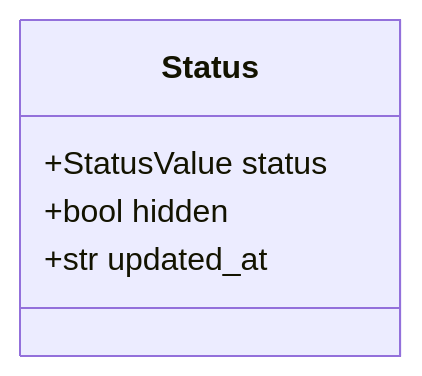
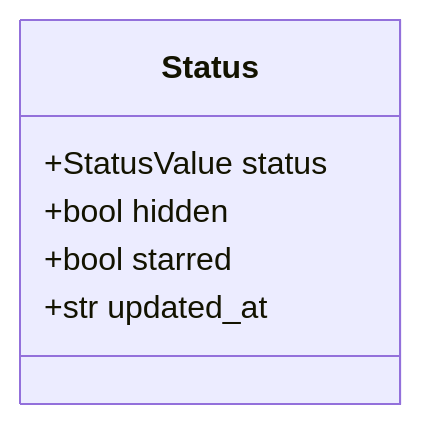
The second of 18 diagrams in docs/specs/06-DOM/CCR-DOM-002.md (HoyoungParkme/competition-crawler), drawn with Mermaid before and after one commit. The commit also changed other lines of this file, not shown here.

Commit message:
spec(DOM-002): 미참(skipped)과 별표(starred · star · unstar · 별표만 보기 3.4) — 2.1 Status, 2.3 StatusValue · ChangeKind, 2.4 Filters, 4.11 CompetitionList · StatusStore · RepoFiles(사용자 요청 2026-10-01)

````diff
--- a/docs/specs/06-DOM/CCR-DOM-002.md
+++ b/docs/specs/06-DOM/CCR-DOM-002.md
@@ -182,8 +182,9 @@
 ```mermaid
 classDiagram
     class Status {
         +StatusValue status
         +bool hidden
+        +bool starred
         +str updated_at
     }
 ```
````
